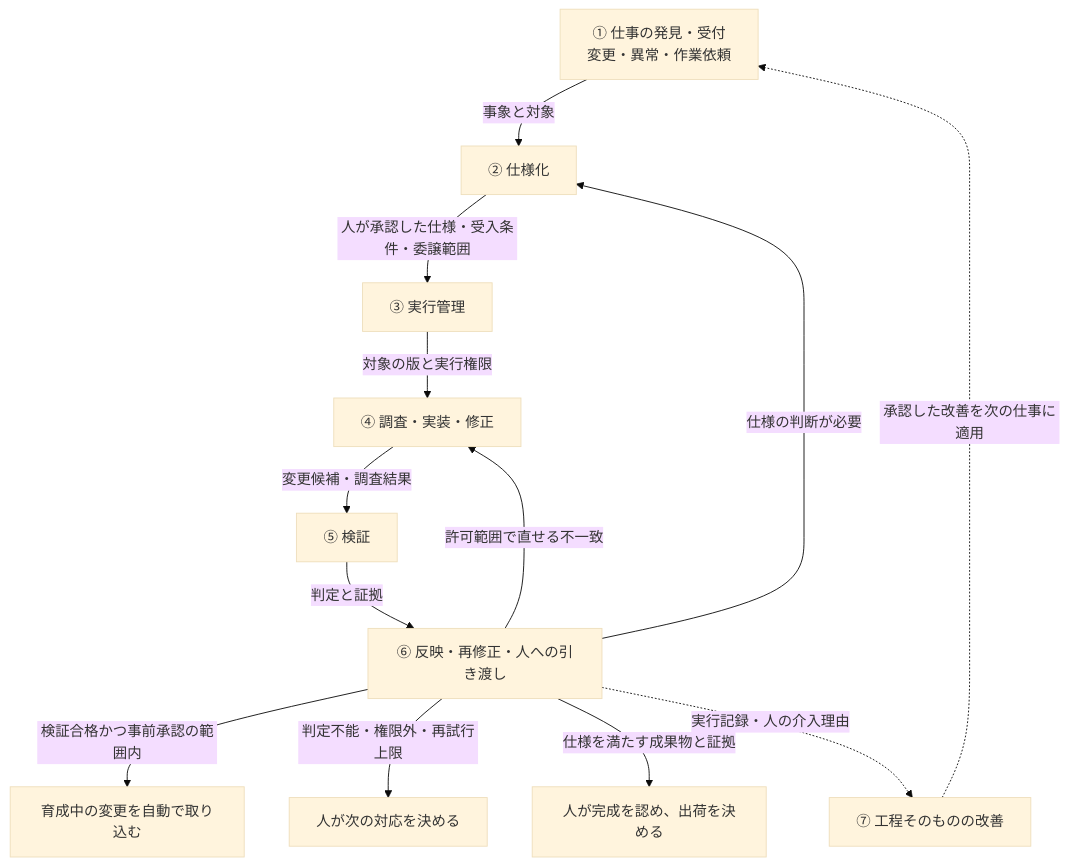
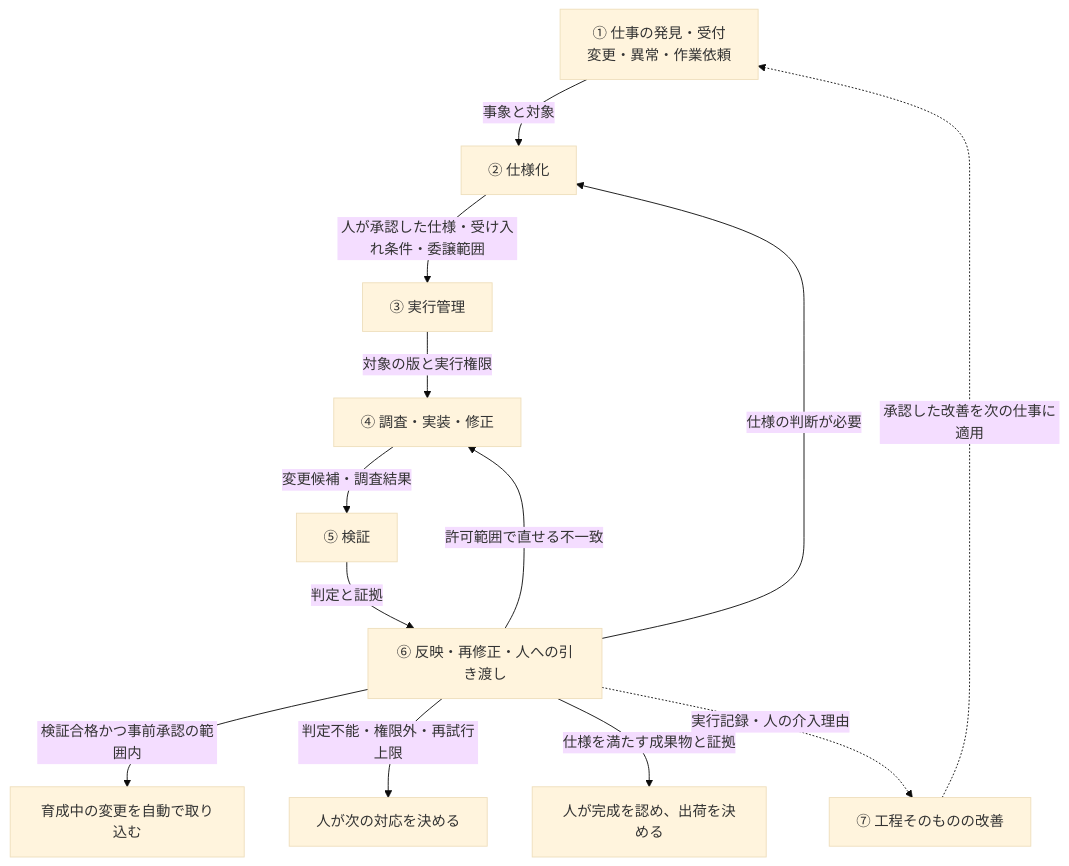
The first of 2 diagrams in docs/implementation/design.md (s-hiraoku/hiraoku-software-garden), drawn with Mermaid (base theme) before and after one commit. The commit also changed other lines of this file and 2 other files, not shown here.

````diff
--- a/docs/implementation/design.md
+++ b/docs/implementation/design.md
@@ -62,15 +64,15 @@
 ```mermaid
 flowchart TD
     A["① 仕事の発見・受付<br/>変更・異常・作業依頼"] -->|事象と対象| B["② 仕様化"]
-    B -->|人が承認した仕様・受入条件・委譲範囲| C["③ 実行管理"]
+    B -->|人が承認した仕様・受け入れ条件・委譲範囲| C["③ 実行管理"]
     C -->|対象の版と実行権限| D["④ 調査・実装・修正"]
     D -->|変更候補・調査結果| E["⑤ 検証"]
     E -->|判定と証拠| F["⑥ 反映・再修正・人への引き渡し"]
     F -->|検証合格かつ事前承認の範囲内| M["育成中の変更を自動で取り込む"]
     F -->|許可範囲で直せる不一致| D
     F -->|仕様の判断が必要| B
     F -->|判定不能・権限外・再試行上限| H["人が次の対応を決める"]
     F -->|仕様を満たす成果物と証拠| R["人が完成を認め、出荷を決める"]
     F -.->|実行記録・人の介入理由| G["⑦ 工程そのものの改善"]
     G -.->|承認した改善を次の仕事に適用| A
 ```
````
